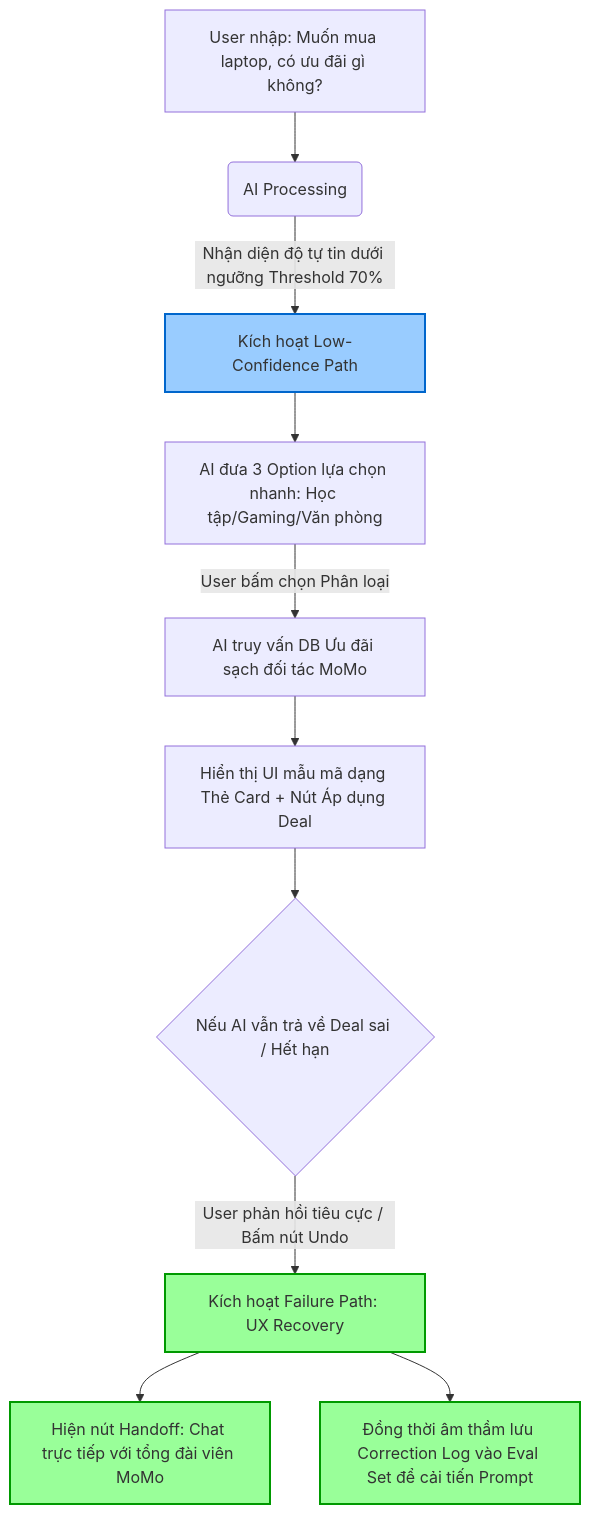
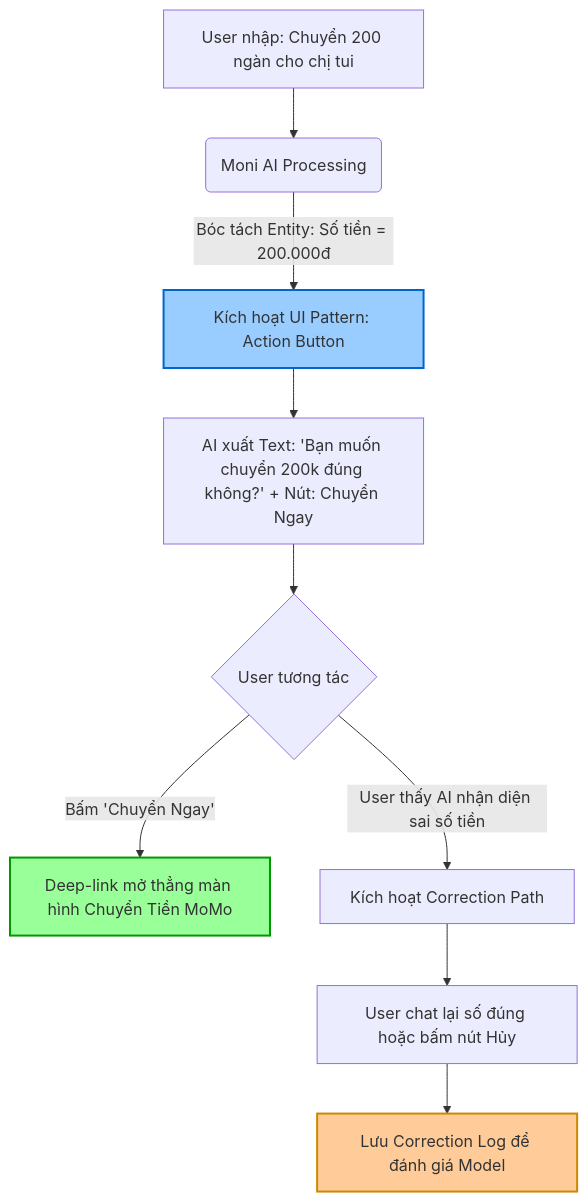
One commit to tn-anhthu/2A202600915-TranNguyenAnhThu-Day05 changed the second of 2 diagrams in 01-invidual-workshop/app-teardown.md. Above: the diagram before and after it, drawn with Mermaid. The commit also changed other lines of this file and 4 other files, not shown here.

````diff
--- a/01-invidual-workshop/app-teardown.md
+++ b/01-invidual-workshop/app-teardown.md
@@ -252,18 +104,15 @@
 ```mermaid
 graph TD
-    A[User nhập: Muốn mua laptop, có ưu đãi gì không?] --> B(AI Processing)
-    B -->|Nhận diện độ tự tin dưới ngưỡng Threshold 70%| C[Kích hoạt Low-Confidence Path]
-    C --> D[AI đưa 3 Option lựa chọn nhanh: Học tập/Gaming/Văn phòng]
-    D -->|User bấm chọn Phân loại| E[AI truy vấn DB Ưu đãi sạch đối tác MoMo]
-    E --> F[Hiển thị UI mẫu mã dạng Thẻ Card + Nút Áp dụng Deal]
-    F --> G{Nếu AI vẫn trả về Deal sai / Hết hạn}
-    G -->|User phản hồi tiêu cực / Bấm nút Undo| H[Kích hoạt Failure Path: UX Recovery]
-    H --> I[Hiện nút Handoff: Chat trực tiếp với tổng đài viên MoMo]
-    H --> J[Đồng thời âm thầm lưu Correction Log vào Eval Set để cải tiến Prompt]
+    A[User nhập: Chuyển 200 ngàn cho chị tui] --> B(Moni AI Processing)
+    B -->|Bóc tách Entity: Số tiền = 200.000đ| C[Kích hoạt UI Pattern: Action Button]
+    C --> D[AI xuất Text: 'Bạn muốn chuyển 200k đúng không?' + Nút: Chuyển Ngay]
+    D --> E{User tương tác}
+    E -->|Bấm 'Chuyển Ngay'| F[Deep-link mở thẳng màn hình Chuyển Tiền MoMo]
+    E -->|User thấy AI nhận diện sai số tiền| G[Kích hoạt Correction Path]
+    G --> H[User chat lại số đúng hoặc bấm nút Hủy]
+    H --> I[Lưu Correction Log để đánh giá Model]
     
     style C fill:#99ccff,stroke:#0066cc,stroke-width:2px;
-    style H fill:#99ff99,stroke:#009900,stroke-width:2px;
-    style I fill:#99ff99,stroke:#009900,stroke-width:2px;
-    style J fill:#99ff99,stroke:#009900,stroke-width:2px;
-
+    style F fill:#99ff99,stroke:#009900,stroke-width:2px;
+    style I fill:#ffcc99,stroke:#cc8800,stroke-width:2px;
 ```
````
